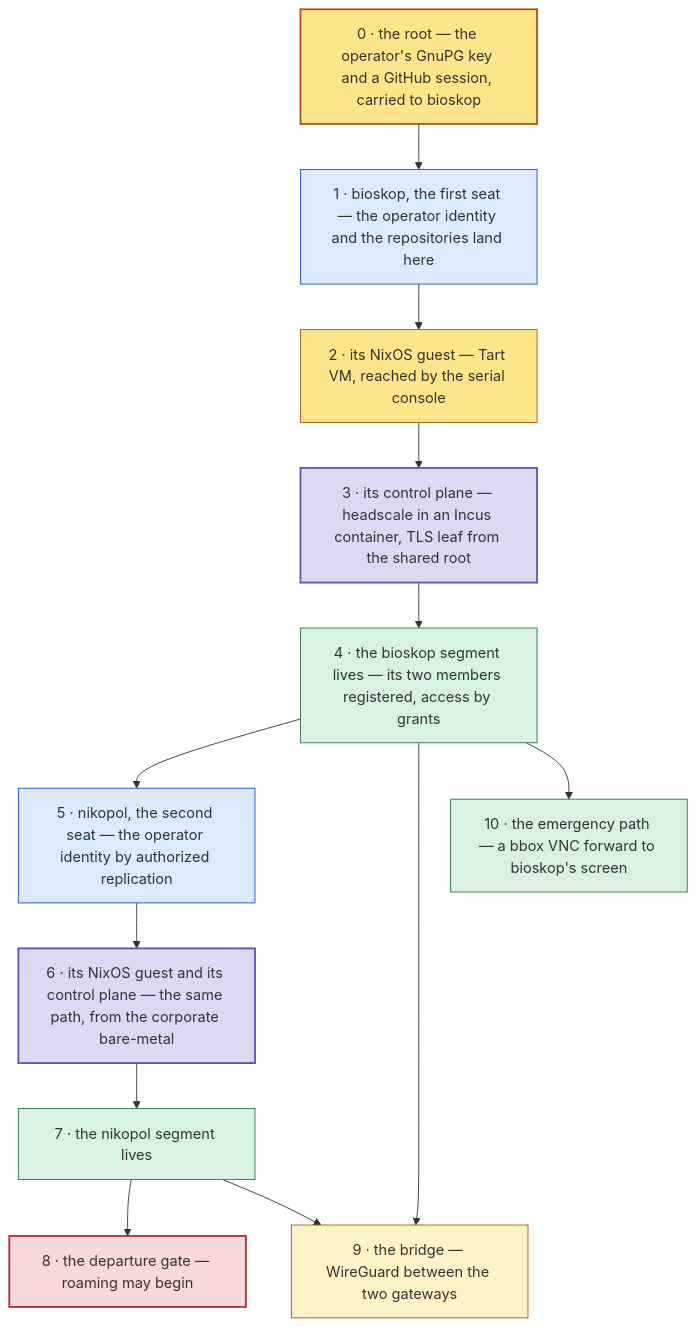
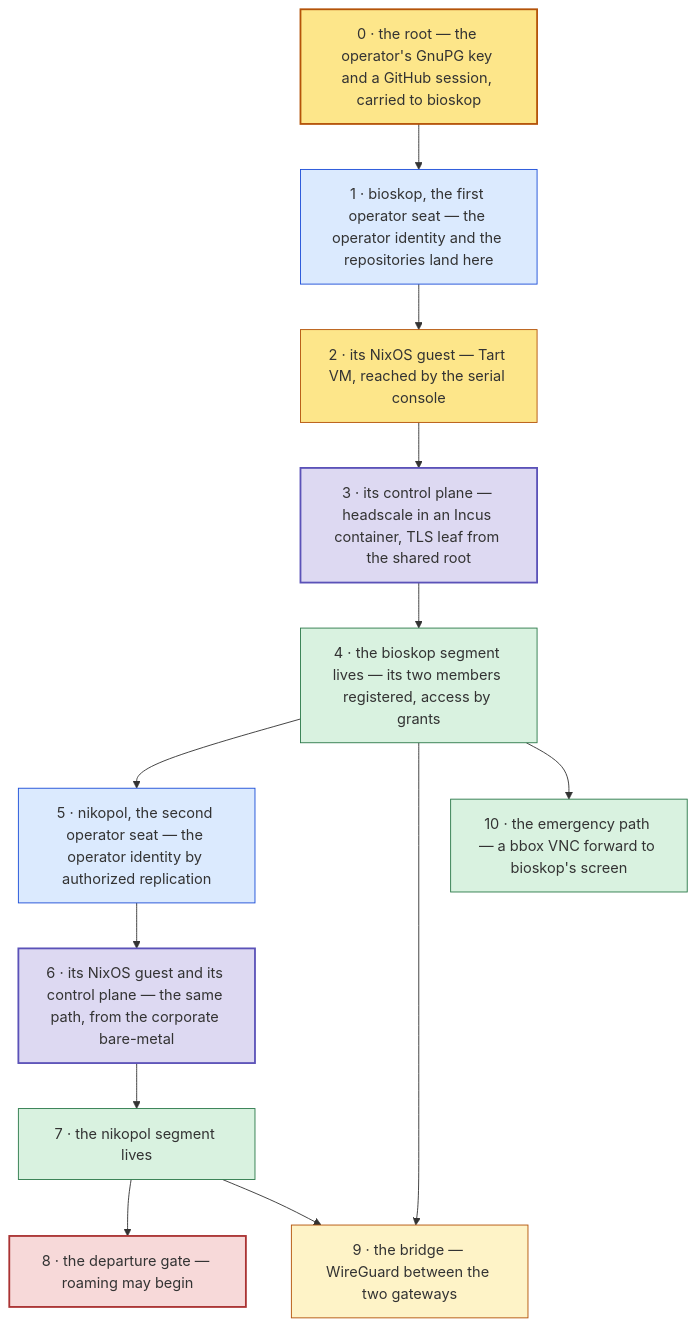
One commit to seedmatic/ndh changed the ninth of 12 diagrams in docs/fabric-control-plane-spec.adoc. Above: the diagram before and after it, drawn with Mermaid. The commit also changed other lines of this file and 47 other files, not shown here.

```diff
--- a/docs/fabric-control-plane-spec.adoc
+++ b/docs/fabric-control-plane-spec.adoc
@@ -728,28 +728,28 @@
 [mermaid]
 ....
 flowchart TB
   r["0 · the root — the operator's GnuPG key and a GitHub session, carried to bioskop"]:::root
-  b1["1 · bioskop, the first seat — the operator identity and the repositories land here"]:::seat
+  b1["1 · bioskop, the first operator seat — the operator identity and the repositories land here"]:::seat
   b2["2 · its NixOS guest — Tart VM, reached by the serial console"]:::oob
   b3["3 · its control plane — headscale in an Incus container, TLS leaf from the shared root"]:::cp
   b4["4 · the bioskop segment lives — its two members registered, access by grants"]:::ok
-  n1["5 · nikopol, the second seat — the operator identity by authorized replication"]:::seat
+  n1["5 · nikopol, the second operator seat — the operator identity by authorized replication"]:::seat
   n2["6 · its NixOS guest and its control plane — the same path, from the corporate bare-metal"]:::cp
   n3["7 · the nikopol segment lives"]:::ok
   g["8 · the departure gate — roaming may begin"]:::gate
   br["9 · the bridge — WireGuard between the two gateways"]:::one
   k["10 · the emergency path — a bbox VNC forward to bioskop's screen"]:::ok
 
   r --> b1 --> b2 --> b3 --> b4 --> n1 --> n2 --> n3 --> g
   b4 --> br
   n3 --> br
   b4 --> k
 
   classDef root fill:#fde68a,stroke:#b45309,stroke-width:2px;
   classDef seat fill:#dbeafe,stroke:#1d4ed8;
   classDef oob fill:#fde68a,stroke:#b45309;
   classDef cp fill:#ddd9f2,stroke:#5b52b8,stroke-width:2px;
   classDef ok fill:#d9f2e0,stroke:#2d7a4b;
   classDef gate fill:#f7d9d9,stroke:#a33,stroke-width:2px;
   classDef one fill:#fef3c7,stroke:#b45309;
 ....
```
